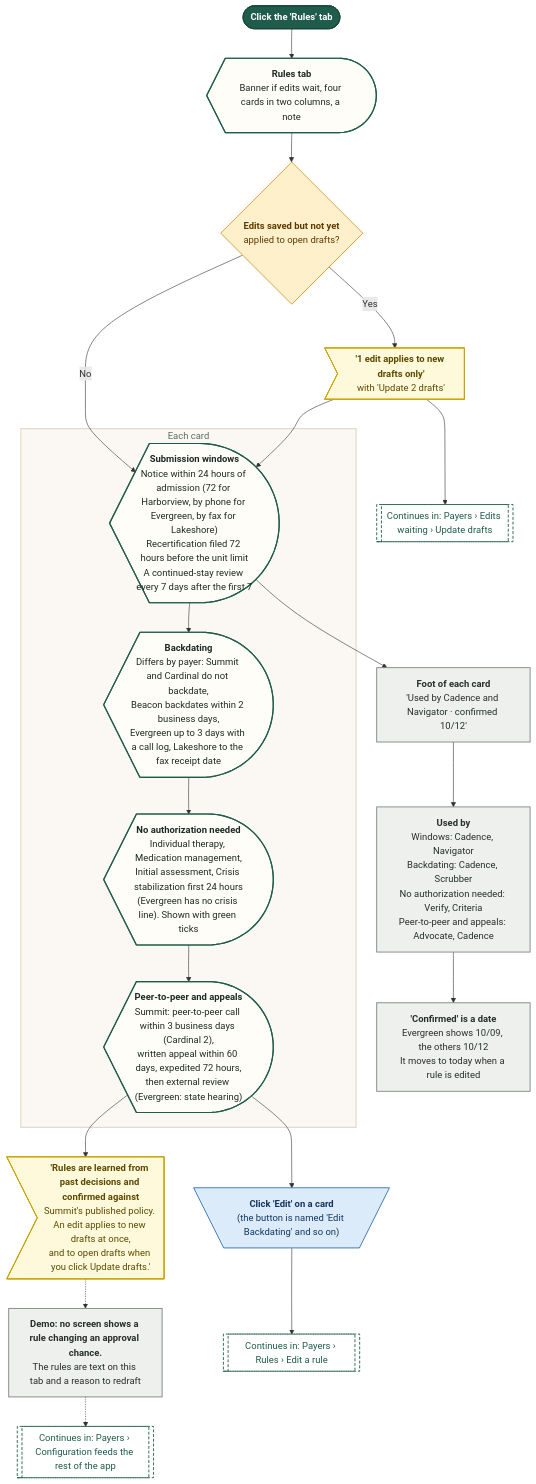
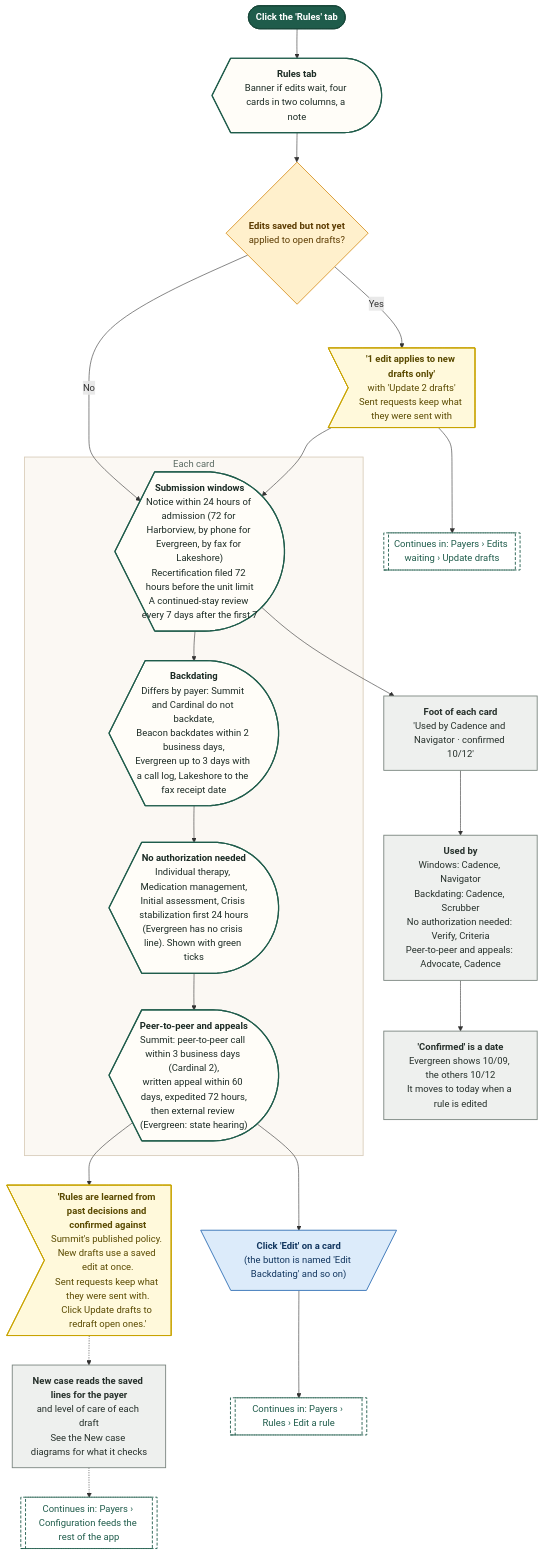
One commit to Shrav143/psyfloapp changed diagram 14 of 25 in demos/prior-auth-demo/workflows/out/md/10-payers.md. Above: the diagram before and after it, drawn with Mermaid. The commit also changed other lines of this file and 195 other files, not shown here.

First line of the commit message:
docs: Rebuild workflow diagrams after the demo fixes (220 diagrams)

````diff
--- a/demos/prior-auth-demo/workflows/out/md/10-payers.md
+++ b/demos/prior-auth-demo/workflows/out/md/10-payers.md
@@ -1020,57 +1037,57 @@
 ```mermaid
 %%{init: {"theme":"base","themeVariables":{"fontFamily":"'DM Sans', 'Segoe UI', system-ui, sans-serif","fontSize":"15px","lineColor":"#5B6B63","primaryTextColor":"#1C2B25","clusterBkg":"#FBF8F3","clusterBorder":"#D9CDBB","edgeLabelBackground":"#FFFFFF"},"flowchart":{"curve":"basis","nodeSpacing":36,"rankSpacing":48,"padding":12,"htmlLabels":true,"useMaxWidth":false,"wrappingWidth":230}} }%%
 flowchart TD
   classDef k_start fill:#1F5C4B,stroke:#174638,color:#FFFFFF,stroke-width:1.5px,font-weight:600
   classDef k_end fill:#DDEFE3,stroke:#2E7D4F,color:#14502F,stroke-width:1.5px,font-weight:600
   classDef k_endx fill:#FBE3E0,stroke:#C0392B,color:#7A1F16,stroke-width:1.5px,font-weight:600
   classDef k_screen fill:#FFFDF8,stroke:#1F5C4B,color:#1C2B25,stroke-width:2px
   classDef k_overlay fill:#F1F7F3,stroke:#1F5C4B,color:#1C2B25,stroke-width:2px,stroke-dasharray:5 3
   classDef k_click fill:#DCEBFA,stroke:#2F6DB5,color:#12365F,stroke-width:1.5px
   classDef k_input fill:#E4E7FF,stroke:#4C5FD5,color:#1D2670,stroke-width:1.5px
   classDef k_process fill:#EEF0EE,stroke:#7A857F,color:#26302B,stroke-width:1.5px
   classDef k_agent fill:#EEE5FA,stroke:#7A4FC2,color:#341A63,stroke-width:1.5px
   classDef k_decision fill:#FFF0CC,stroke:#D9962B,color:#5C3B00,stroke-width:1.5px
   classDef k_store fill:#D5F0EA,stroke:#1C8E7B,color:#0B4A3F,stroke-width:1.5px
   classDef k_doc fill:#F6E9DC,stroke:#B07A4C,color:#4A2E14,stroke-width:1.5px
   classDef k_ext fill:#FFE6D2,stroke:#E07B39,color:#6B2F06,stroke-width:1.5px
   classDef k_wait fill:#E4E8EE,stroke:#6B7C93,color:#26303D,stroke-width:1.5px
   classDef k_toast fill:#FFF9DB,stroke:#C9A400,color:#5A4A00,stroke-width:1.5px
   classDef k_goto fill:#FFFFFF,stroke:#1F5C4B,color:#1F5C4B,stroke-width:1.5px,stroke-dasharray:5 3
   s1@{ shape: stadium, label: "Click the 'Rules' tab" }
   tab@{ shape: curv-trap, label: "<b>Rules tab</b><br/>Banner if edits wait, four cards in two columns, a note" }
   dU@{ shape: diam, label: "<b>Edits saved but not yet</b><br/>applied to open drafts?" }
-  bU@{ shape: odd, label: "<b>'1 edit applies to new drafts only'</b><br/>with 'Update 2 drafts'" }
+  bU@{ shape: odd, label: "<b>'1 edit applies to new drafts only'</b><br/>with 'Update 2 drafts'<br/>Sent requests keep what they were sent with" }
   gU@{ shape: subproc, label: "Continues in: Payers › Edits waiting › Update drafts" }
   subgraph gC ["Each card"]
   c1@{ shape: curv-trap, label: "<b>Submission windows</b><br/>Notice within 24 hours of admission (72 for Harborview, by phone for Evergreen, by fax for Lakeshore)<br/>Recertification filed 72 hours before the unit limit<br/>A continued-stay review every 7 days after the first 7" }
   c2@{ shape: curv-trap, label: "<b>Backdating</b><br/>Differs by payer: Summit and Cardinal do not backdate,<br/>Beacon backdates within 2 business days,<br/>Evergreen up to 3 days with a call log, Lakeshore to the fax receipt date" }
   c3@{ shape: curv-trap, label: "<b>No authorization needed</b><br/>Individual therapy, Medication management,<br/>Initial assessment, Crisis stabilization first 24 hours<br/>(Evergreen has no crisis line). Shown with green ticks" }
   c4@{ shape: curv-trap, label: "<b>Peer-to-peer and appeals</b><br/>Summit: peer-to-peer call within 3 business days (Cardinal 2),<br/>written appeal within 60 days, expedited 72 hours,<br/>then external review (Evergreen: state hearing)" }
   end
   ub@{ shape: rect, label: "<b>Foot of each card</b><br/>'Used by Cadence and Navigator · confirmed 10/12'" }
   who@{ shape: rect, label: "<b>Used by</b><br/>Windows: Cadence, Navigator<br/>Backdating: Cadence, Scrubber<br/>No authorization needed: Verify, Criteria<br/>Peer-to-peer and appeals: Advocate, Cadence" }
   cf@{ shape: rect, label: "<b>'Confirmed' is a date</b><br/>Evergreen shows 10/09, the others 10/12<br/>It moves to today when a rule is edited" }
-  note@{ shape: odd, label: "<b>'Rules are learned from past decisions and confirmed against</b><br/>Summit's published policy. An edit applies to new drafts at once,<br/>and to open drafts when you click Update drafts.'" }
-  noeff@{ shape: rect, label: "<b>Demo: no screen shows a rule changing an approval chance.</b><br/>The rules are text on this tab and a reason to redraft" }
+  note@{ shape: odd, label: "<b>'Rules are learned from past decisions and confirmed against</b><br/>Summit's published policy. New drafts use a saved edit at once.<br/>Sent requests keep what they were sent with.<br/>Click Update drafts to redraft open ones.'" }
+  noeff@{ shape: rect, label: "<b>New case reads the saved lines for the payer</b><br/>and level of care of each draft<br/>See the New case diagrams for what it checks" }
   ce@{ shape: trap-t, label: "<b>Click 'Edit' on a card</b><br/>(the button is named 'Edit Backdating' and so on)" }
   gE@{ shape: subproc, label: "Continues in: Payers › Rules › Edit a rule" }
   gF@{ shape: subproc, label: "Continues in: Payers › Configuration feeds the rest of the app" }
   s1 --> tab --> dU
   dU -->|"Yes"| bU --> gU
   dU -->|"No"| c1
   bU --> c1
   c1 --> c2 --> c3 --> c4
   c1 --> ub --> who --> cf
   c4 --> note
   c4 --> ce --> gE
   note -.-> noeff
   noeff -.-> gF
   class s1 k_start
   class tab,c1,c2,c3,c4 k_screen
   class dU k_decision
   class bU,note k_toast
   class gU,gE,gF k_goto
   class ub,who,cf,noeff k_process
   class ce k_click
   style gC fill:#FBF8F3,stroke:#D9CDBB,stroke-width:1.5px,color:#5B6B63
 ```
````
